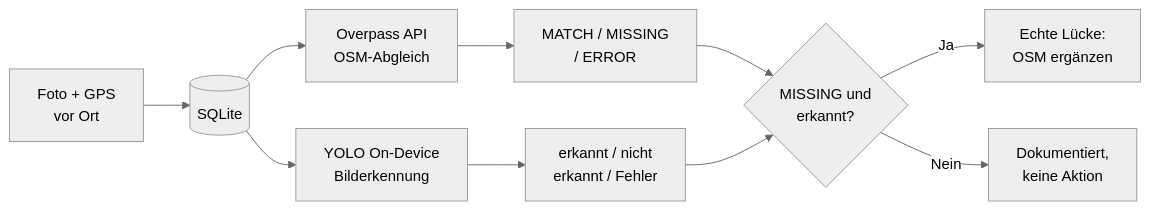
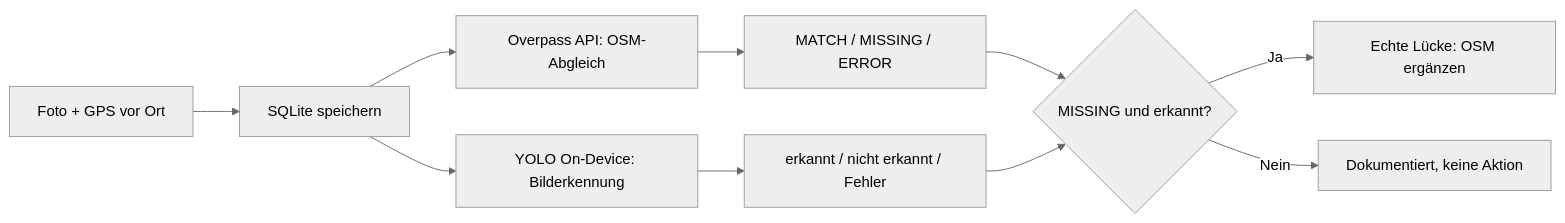
Before and after one commit to Gianni-BIM/Briefk-sten_YOLO: the diagram in README.md, drawn with Mermaid (neutral theme).

Commit message:
README: Diagramm robuster machen und Ergebnis-Konsequenz ergänzen

````diff
--- a/README.md
+++ b/README.md
@@ -27,12 +27,12 @@
 ```mermaid
 flowchart LR
-    A["Foto + GPS<br/>vor Ort"] --> B[("SQLite")]
-    B --> C["Overpass API<br/>OSM-Abgleich"]
-    B --> D["YOLO On-Device<br/>Bilderkennung"]
-    C --> E["MATCH / MISSING<br/>/ ERROR"]
-    D --> F["erkannt / nicht<br/>erkannt / Fehler"]
-    E --> G{"MISSING und<br/>erkannt?"}
+    A["Foto + GPS vor Ort"] --> B["SQLite speichern"]
+    B --> C["Overpass API: OSM-Abgleich"]
+    B --> D["YOLO On-Device: Bilderkennung"]
+    C --> E["MATCH / MISSING / ERROR"]
+    D --> F["erkannt / nicht erkannt / Fehler"]
+    E --> G{"MISSING und erkannt?"}
     F --> G
-    G -->|Ja| H["Echte Lücke:<br/>OSM ergänzen"]
-    G -->|Nein| I["Dokumentiert,<br/>keine Aktion"]
+    G -->|Ja| H["Echte Lücke: OSM ergänzen"]
+    G -->|Nein| I["Dokumentiert, keine Aktion"]
 ```
````
